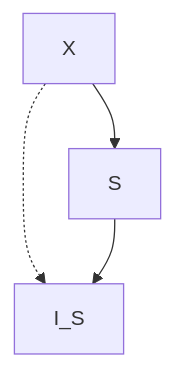
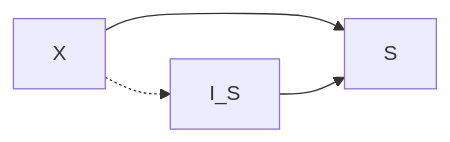
The diagram in books/ベーシック圏論.md (mymactive/my-obsidian), drawn with Mermaid before and after one commit. The commit also changed 1 other file, not shown here.

Commit message:
vault backup: 2022-12-17 23:37:30

````diff
--- a/books/ベーシック圏論.md
+++ b/books/ベーシック圏論.md
@@ -25,6 +25,6 @@
 ```mermaid
-graph TD;
+graph LR;
 	X-->S
 	X-.->I_S
-	S-->I_S
+	I_S-->S
 ```
````
